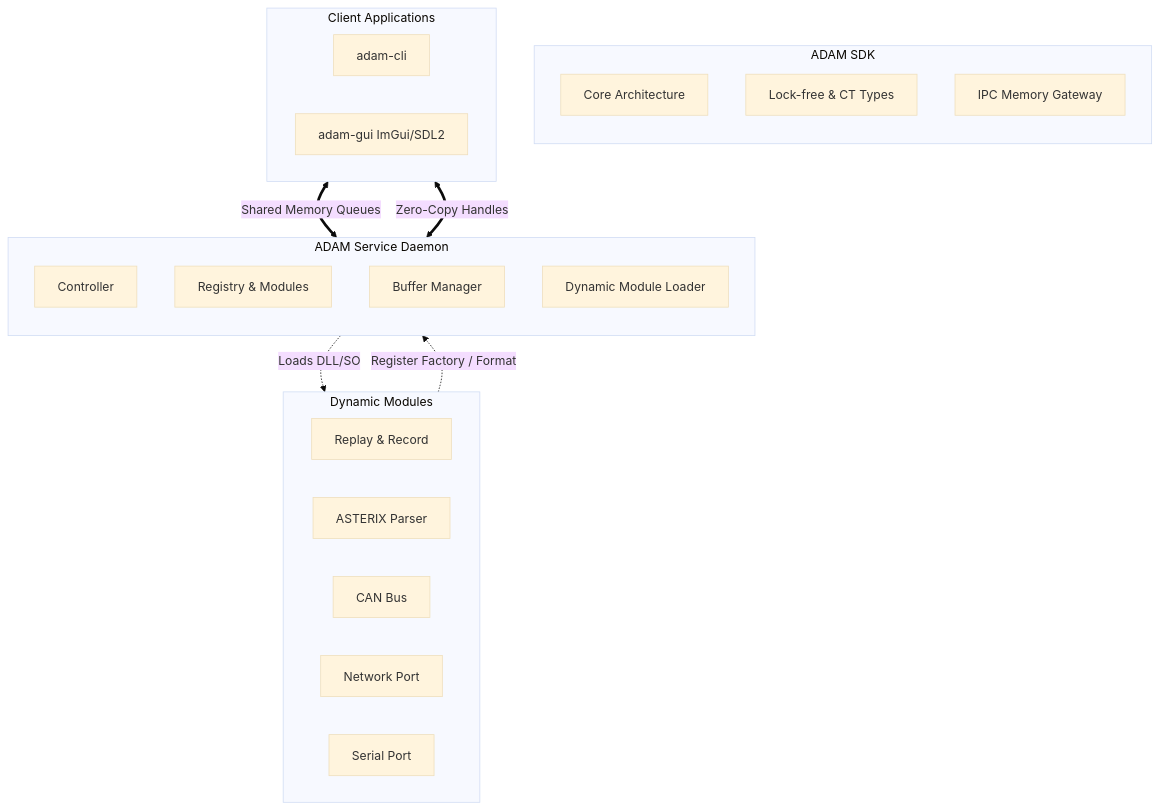
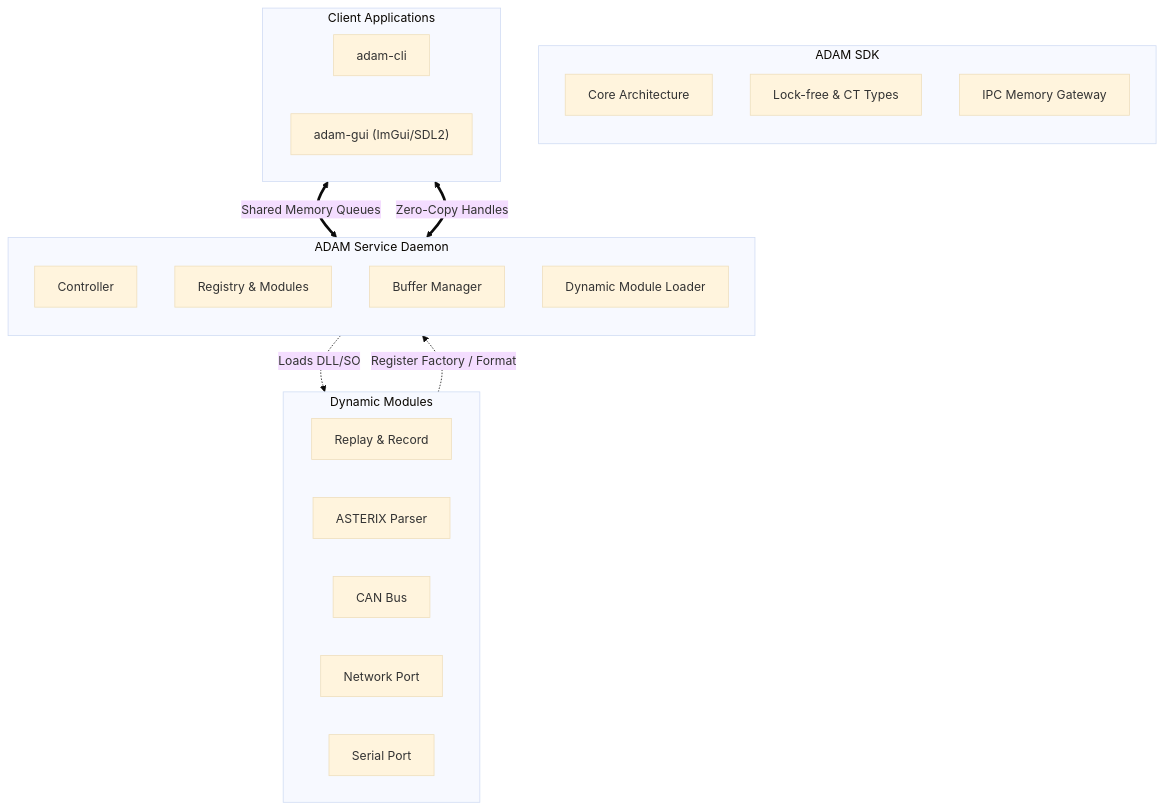
One commit to dexus1337/adam changed the first of 3 diagrams in README.md. Above: the diagram before and after it, drawn with Mermaid (base theme). The commit also changed other lines of this file, not shown here.

Commit message:
fixed readme render errors

````diff
--- a/README.md
+++ b/README.md
@@ -13,38 +13,38 @@
 ```mermaid
 graph TD
-    subgraph SDK [ADAM SDK]
+    subgraph SDK["ADAM SDK"]
         direction TB
         Core[Core Architecture]
         Types[Lock-free & CT Types]
         Mem[IPC Memory Gateway]
     end
 
-    subgraph CoreService [ADAM Service Daemon]
+    subgraph CoreService["ADAM Service Daemon"]
         direction TB
         Ctrl[Controller]
         Reg[Registry & Modules]
         BufMgr[Buffer Manager]
         Loader[Dynamic Module Loader]
     end
 
-    subgraph Plugins [Dynamic Modules]
+    subgraph Plugins["Dynamic Modules"]
         direction LR
         recrep[Replay & Record]
         asterix[ASTERIX Parser]
         can[CAN Bus]
         network[Network Port]
         serial[Serial Port]
     end
 
-    subgraph Clients [Client Applications]
+    subgraph Clients["Client Applications"]
         direction LR
         cli[adam-cli]
-        gui[adam-gui ImGui/SDL2]
+        gui["adam-gui (ImGui/SDL2)"]
     end
 
     %% Communications
     Clients <==>|Shared Memory Queues| Ctrl
     Loader -.->|Loads DLL/SO| Plugins
     Plugins -.->|Register Factory / Format| Reg
     BufMgr <==>|Zero-Copy Handles| Clients
 ```
````
